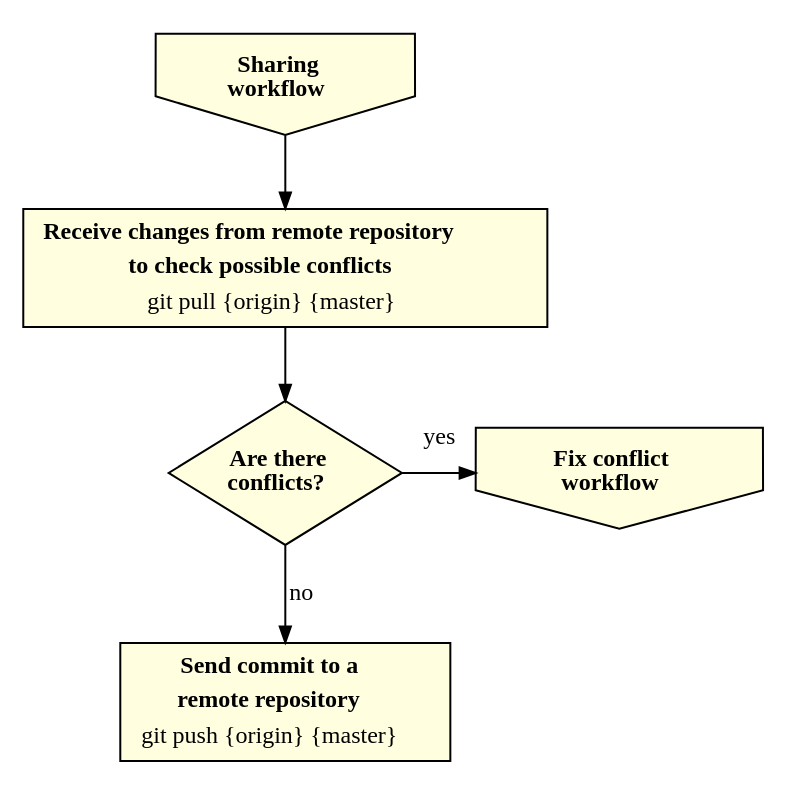
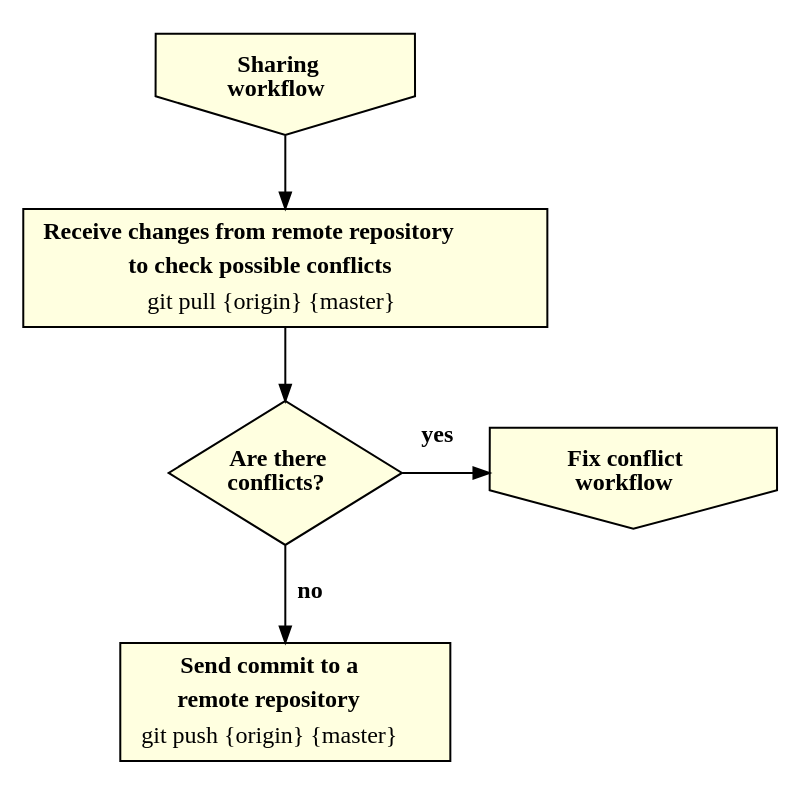
The diagram in flowchart/sharing-workflow.gv (fabriciofx/gitflowchart), drawn with Graphviz before and after one commit. The commit also changed 7 other files, not shown here.

```diff
--- a/flowchart/sharing-workflow.gv
+++ b/flowchart/sharing-workflow.gv
@@ -1,63 +1,66 @@
 digraph sharingworkflow {
     splines = line;
 
     edge [
         arrowsize = 0.8,
         fontname = "Verdana",
         fontsize = 12
     ]
 
     node [
         shape = rect,
         style = filled,
         fillcolor = lightyellow,
         fontname = "Verdana",
         fontsize = 12
     ]
 
     // workflow
     sharing_workflow [
         shape = invhouse,
         label = <<b>Sharing<br/>workflow</b>>
     ]
     fix_conflicts_workflow [
         shape = invhouse,
         label = <<b>Fix conflict<br/>workflow</b>>
     ]
 
     // decisions
     are_there_conflicts [
         shape = diamond,
         label = <<b>Are there<br/>conflicts?</b>>,
         height = 1
     ]
 
     // commands
     git_pull [
         label = <
             <table border="0" cellborder="0" cellspacing="0">
             <tr><td><b>Receive changes from remote repository</b></td></tr>
             <tr><td><b>to check possible conflicts</b></td></tr>
             <tr><td>git pull {origin} {master}</td></tr>
             </table>
         >
     ]
     git_push [
         label = <
             <table border="0" cellborder="0" cellspacing="0">
             <tr><td><b>Send commit to a</b></td></tr>
             <tr><td><b>remote repository</b></td></tr>
             <tr><td>git push {origin} {master}</td></tr>
             </table>
         >
     ]
 
     // relations
     sharing_workflow -> git_pull
     git_pull -> are_there_conflicts
-    are_there_conflicts -> git_push [label = "no"]
-    are_there_conflicts:e -> fix_conflicts_workflow [label = "yes", constraint = false]
+    are_there_conflicts -> git_push [label = <<b>   no</b>>]
+    are_there_conflicts:e -> fix_conflicts_workflow [
+        label = <<b>yes  </b>>,
+        constraint = false
+    ]
 
     // put are_there_conflicts and fix_conflicts_workflow in the same row
     { rank = same; are_there_conflicts; fix_conflicts_workflow; }
 }
```
